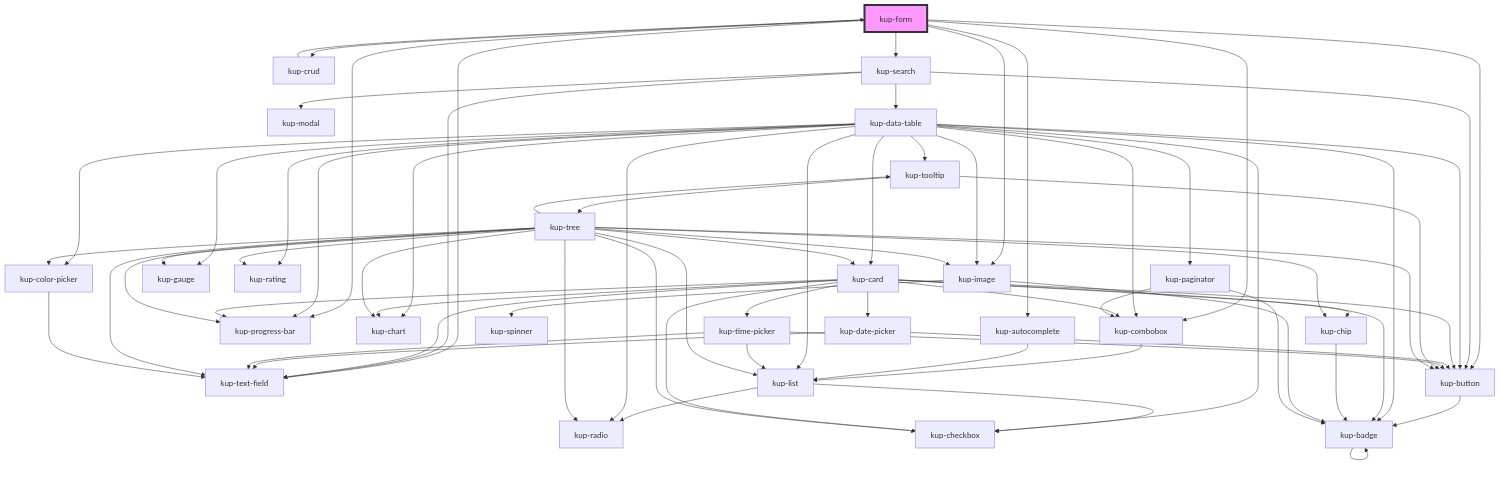
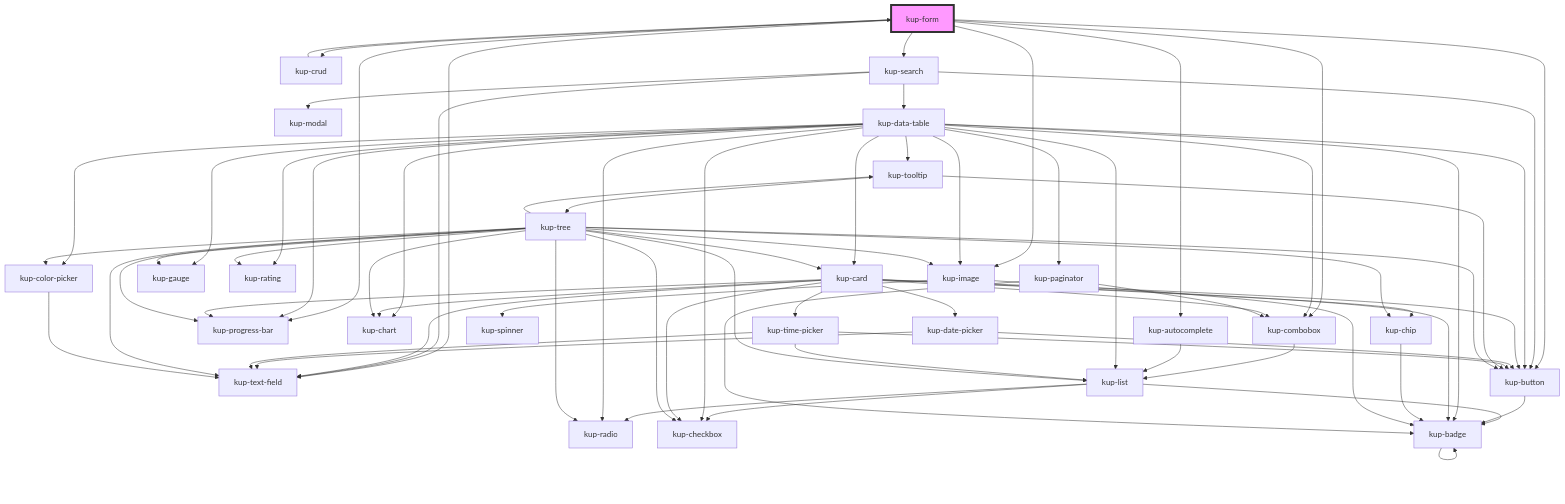
Before and after one commit to smeup/ketchup: the diagram in packages/ketchup/src/components/kup-form/readme.md, drawn with Mermaid. The commit also changed 40 other files, not shown here.

````diff
--- a/packages/ketchup/src/components/kup-form/readme.md
+++ b/packages/ketchup/src/components/kup-form/readme.md
@@ -131,75 +131,76 @@
 ```mermaid
 graph TD;
   kup-form --> kup-combobox
   kup-form --> kup-crud
   kup-form --> kup-autocomplete
   kup-form --> kup-search
   kup-form --> kup-image
   kup-form --> kup-progress-bar
   kup-form --> kup-text-field
   kup-form --> kup-button
   kup-combobox --> kup-list
   kup-list --> kup-radio
   kup-list --> kup-checkbox
+  kup-list --> kup-badge
+  kup-badge --> kup-badge
   kup-crud --> kup-form
   kup-button --> kup-badge
-  kup-badge --> kup-badge
   kup-autocomplete --> kup-list
   kup-search --> kup-text-field
   kup-search --> kup-button
   kup-search --> kup-modal
   kup-search --> kup-data-table
   kup-data-table --> kup-card
   kup-data-table --> kup-checkbox
   kup-data-table --> kup-tooltip
   kup-data-table --> kup-list
   kup-data-table --> kup-image
   kup-data-table --> kup-button
   kup-data-table --> kup-chart
   kup-data-table --> kup-color-picker
   kup-data-table --> kup-gauge
   kup-data-table --> kup-progress-bar
   kup-data-table --> kup-rating
   kup-data-table --> kup-radio
   kup-data-table --> kup-paginator
   kup-data-table --> kup-combobox
   kup-data-table --> kup-badge
   kup-card --> kup-chip
   kup-card --> kup-button
   kup-card --> kup-badge
   kup-card --> kup-progress-bar
   kup-card --> kup-chart
   kup-card --> kup-checkbox
   kup-card --> kup-combobox
   kup-card --> kup-date-picker
   kup-card --> kup-text-field
   kup-card --> kup-time-picker
   kup-chip --> kup-badge
   kup-date-picker --> kup-text-field
   kup-date-picker --> kup-button
   kup-time-picker --> kup-text-field
   kup-time-picker --> kup-button
   kup-time-picker --> kup-list
   kup-tooltip --> kup-button
   kup-tooltip --> kup-tree
   kup-tree --> kup-image
   kup-tree --> kup-button
   kup-tree --> kup-chart
   kup-tree --> kup-checkbox
   kup-tree --> kup-chip
   kup-tree --> kup-color-picker
   kup-tree --> kup-gauge
   kup-tree --> kup-progress-bar
   kup-tree --> kup-rating
   kup-tree --> kup-radio
   kup-tree --> kup-tooltip
   kup-tree --> kup-list
   kup-tree --> kup-text-field
   kup-tree --> kup-card
   kup-image --> kup-spinner
   kup-image --> kup-badge
   kup-color-picker --> kup-text-field
   kup-paginator --> kup-combobox
   kup-paginator --> kup-badge
   style kup-form fill:#f9f,stroke:#333,stroke-width:4px
 ```
````
